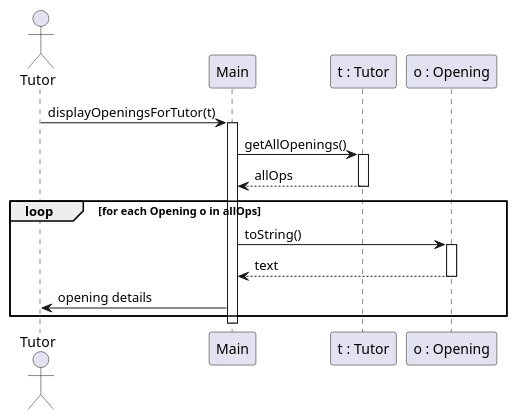
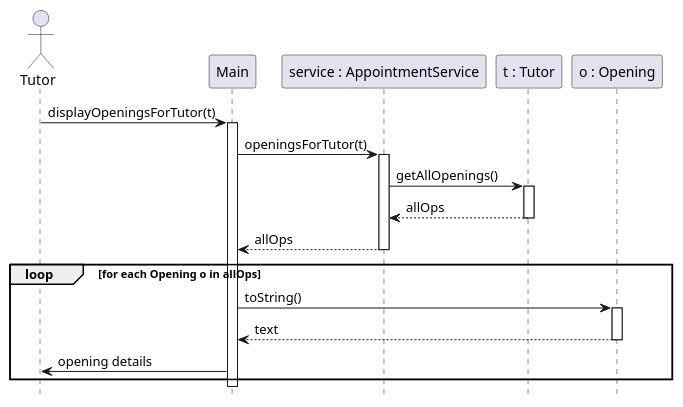
One commit to localhost433/OOPFinalProject changed the diagram in docs/diagrams/display-openings-tutor-sequence.puml. Above: the diagram before and after it, drawn with PlantUML. The commit also changed 13 other files, not shown here.

```diff
--- a/docs/diagrams/display-openings-tutor-sequence.puml
+++ b/docs/diagrams/display-openings-tutor-sequence.puml
@@ -1,29 +1,38 @@
 @startuml display-openings-tutor-sequence
 ' Sequence diagram — Display openings for tutor (Main.displayOpeningsForTutor)
+
+hide footbox
 
 actor Tutor as tutor
 
 participant "Main" as main
+participant "service : AppointmentService" as service
 participant "t : Tutor" as tObj
 participant "o : Opening" as open
 
 tutor -> main : displayOpeningsForTutor(t)
 activate main
 
-main -> tObj : getAllOpenings()
+main -> service : openingsForTutor(t)
+activate service
+
+service -> tObj : getAllOpenings()
 activate tObj
-tObj --> main : allOps
+tObj --> service : allOps
 deactivate tObj
+
+service --> main : allOps
+deactivate service
 
 loop for each Opening o in allOps
     main -> open : toString()
     activate open
     open --> main : text
     deactivate open
 
     main -> tutor : opening details
 end
 
 deactivate main
 
 @enduml
```
